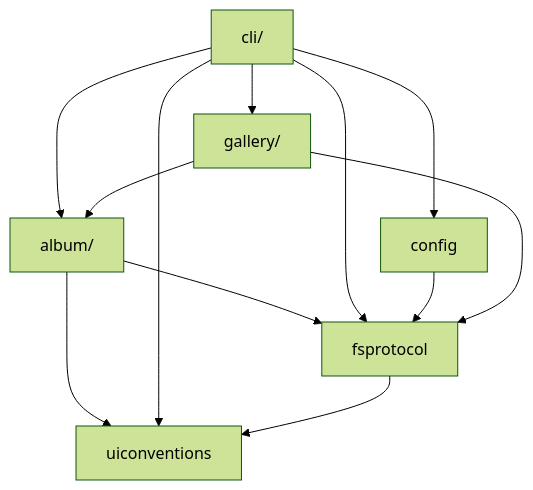
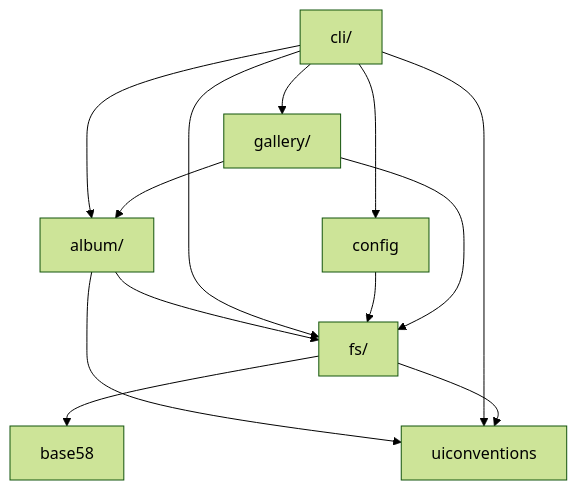
The diagram in docs/architecture.md (iglootools/photree), drawn with Mermaid (forest theme) before and after one commit. The commit also changed 51 other files, not shown here.

First line of the commit message:
refactor: split fsprotocol into base58 + fs/ package

````diff
--- a/docs/architecture.md
+++ b/docs/architecture.md
@@ -17,21 +17,23 @@
 ```mermaid
 graph TD
     album["album/"]
+    base58["base58"]
     cli["cli/"]
     config["config"]
-    fsprotocol["fsprotocol"]
+    fs["fs/"]
     gallery["gallery/"]
     uiconventions["uiconventions"]
 
-    album --> fsprotocol
+    album --> fs
     album --> uiconventions
     cli --> album
     cli --> config
-    cli --> fsprotocol
+    cli --> fs
     cli --> gallery
     cli --> uiconventions
-    config --> fsprotocol
-    fsprotocol --> uiconventions
+    config --> fs
+    fs --> base58
+    fs --> uiconventions
     gallery --> album
-    gallery --> fsprotocol
+    gallery --> fs
 ```
````
